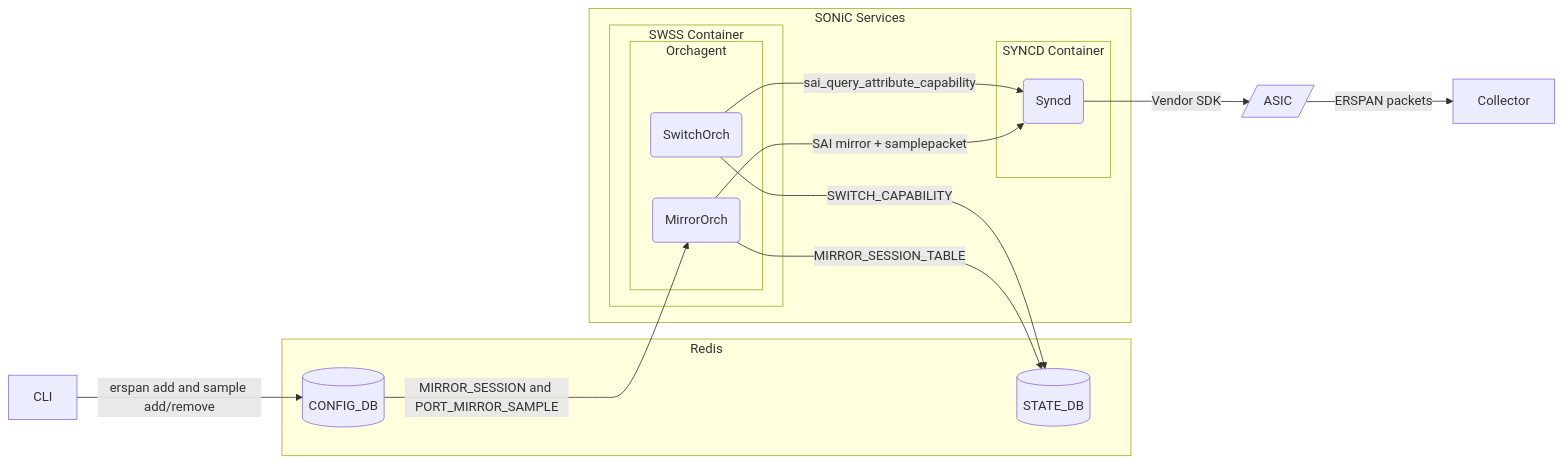
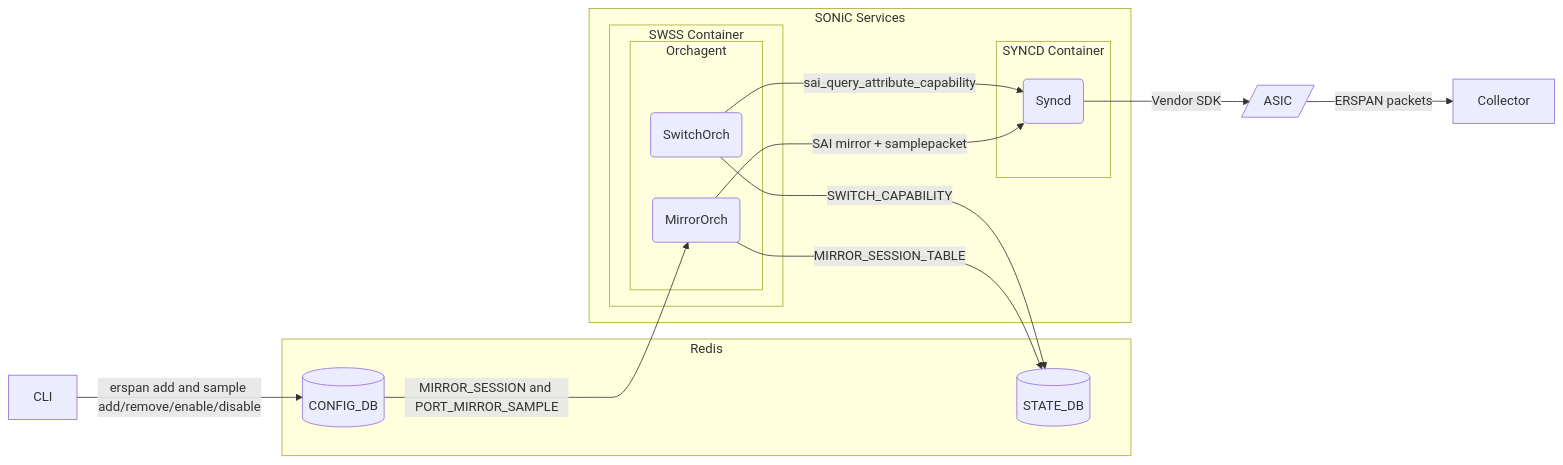
Before and after one commit to sonic-net/SONiC: the first of 3 diagrams in doc/port-mirroring/SONiC_Port_Mirroring_HLD.md, drawn with Mermaid. The commit also changed other lines of this file, not shown here.

````diff
--- a/doc/port-mirroring/SONiC_Port_Mirroring_HLD.md
+++ b/doc/port-mirroring/SONiC_Port_Mirroring_HLD.md
@@ -157,30 +157,30 @@
 ```mermaid
 flowchart LR
     subgraph Redis
         config_db[(CONFIG_DB)]
         state_db[(STATE_DB)]
     end
 
     subgraph SONiC Services
         subgraph SWSS Container
             subgraph Orchagent
                 switch_orch(SwitchOrch)
                 mirror_orch(MirrorOrch)
             end
         end
         subgraph SYNCD Container
             syncd(Syncd)
         end
     end
 
     asic[/ASIC/]
 
-    cli[CLI] -->|erspan add and sample add/remove| config_db
+    cli[CLI] -->|erspan add and sample add/remove/enable/disable| config_db
     config_db -->|MIRROR_SESSION and PORT_MIRROR_SAMPLE| mirror_orch
     switch_orch -->|sai_query_attribute_capability| syncd
     switch_orch -->|SWITCH_CAPABILITY| state_db
     mirror_orch -->|SAI mirror + samplepacket| syncd
     mirror_orch -->|MIRROR_SESSION_TABLE| state_db
     syncd -->|Vendor SDK| asic
     asic -->|ERSPAN packets| collector[Collector]
 ```
````
